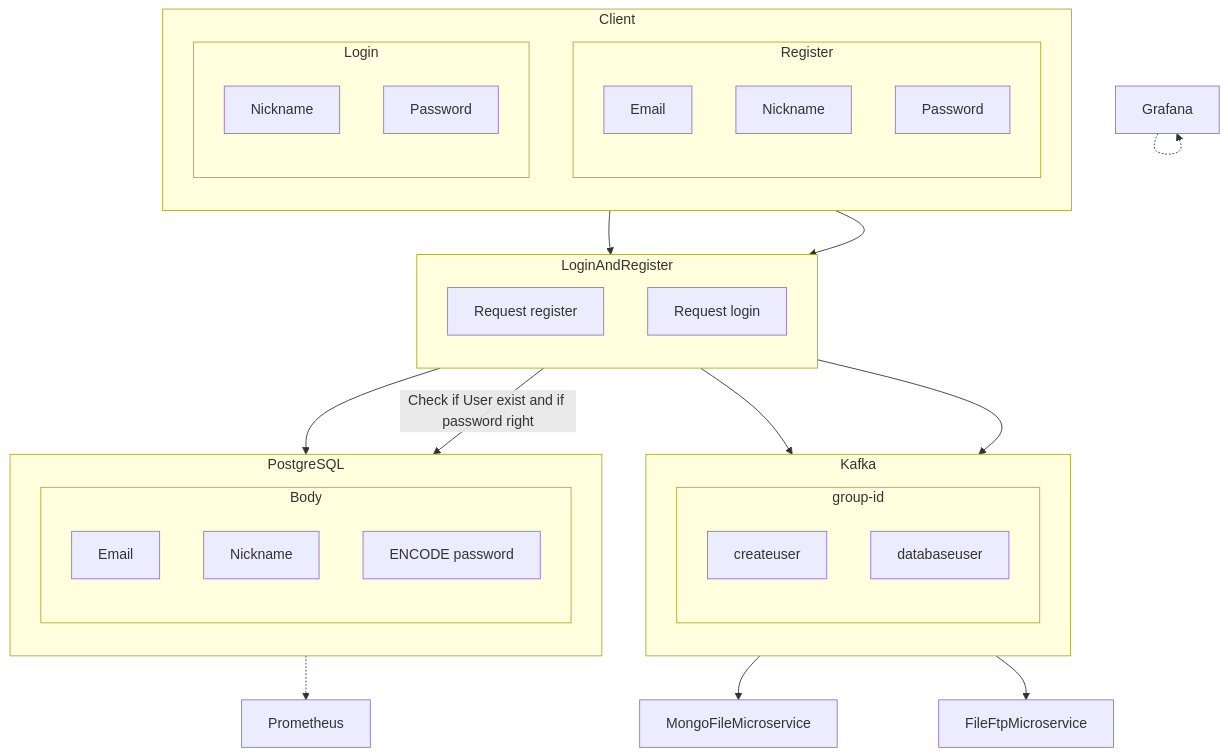
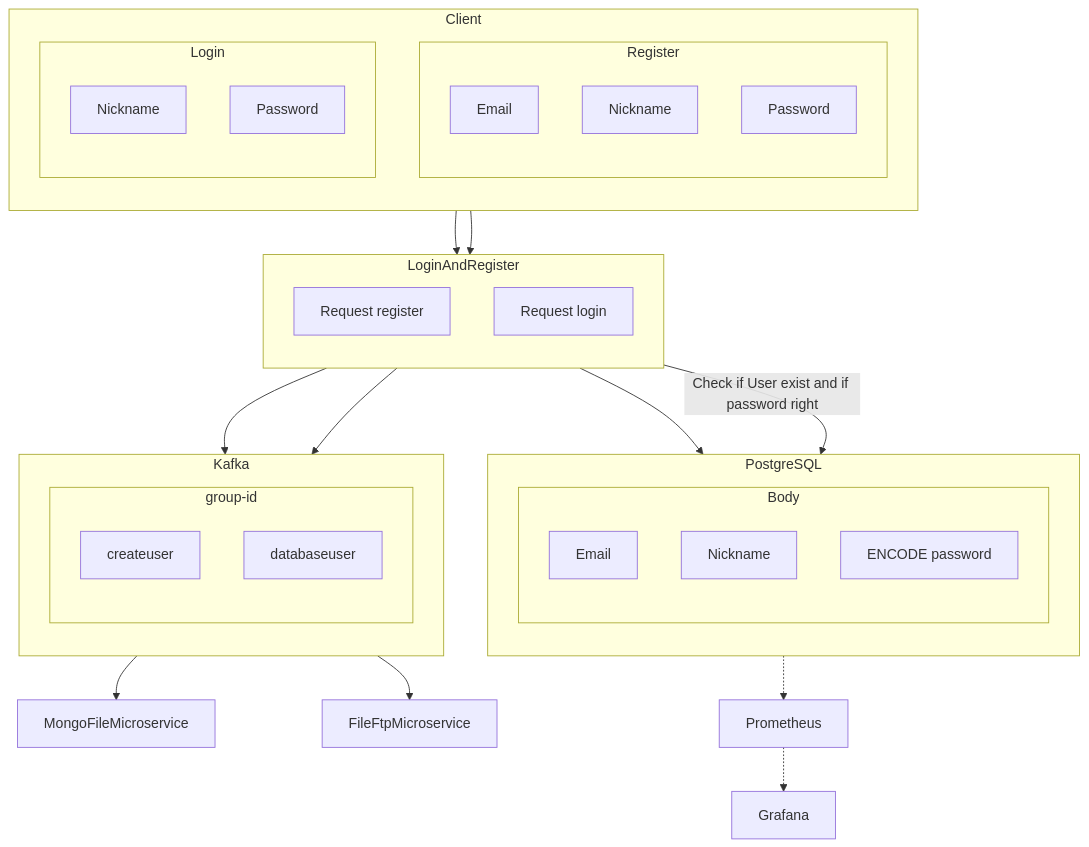
One commit to Daniel200555/LoginAndRegister changed the diagram in README.md. Above: the diagram before and after it, drawn with Mermaid.

````diff
--- a/README.md
+++ b/README.md
@@ -22,53 +22,53 @@
 ```mermaid 
 	flowchart TB
 	subgraph Client
 		direction TB
 	    subgraph Register
 		    direction TB
 		    id1[Email]
 		    id2[Nickname]
 		    id3[Password]
 	    end
 	    subgraph Login
 		    direction TB
 		    id4[Nickname]
 		    id5[Password]
 	    end
     end
     subgraph Kafka
 	    direction TB
 		subgraph group-id
 			direction TB
 			id6[createuser]
 			id7[databaseuser]
 		end
 	end
 	subgraph LoginAndRegister
 		direction TB
 		id8[Request register]
 		id9[Request login]
 	end
 	subgraph PostgreSQL
 		direction TB
 		subgraph Body
 			direction TB
 			id10[Email]
 			id11[Nickname]
 			id12[ENCODE password] 
 		end
 	end
 	id13[MongoFileMicroservice]
 	id14[FileFtpMicroservice]
 	id15[Prometheus]
 	id16[Grafana]
 	Register --> id8
 	id8 --> PostgreSQL
 	id8 --> id6
 	id8 --> id7
 	id6 --> id13
 	id7 --> id14
 	Login --> id9
 	id9 -- Check if User exist and if password right --> PostgreSQL
 	PostgreSQL -.-> id15
-	id16 -.-> id16
+	id15 -.-> id16
 ```
````
